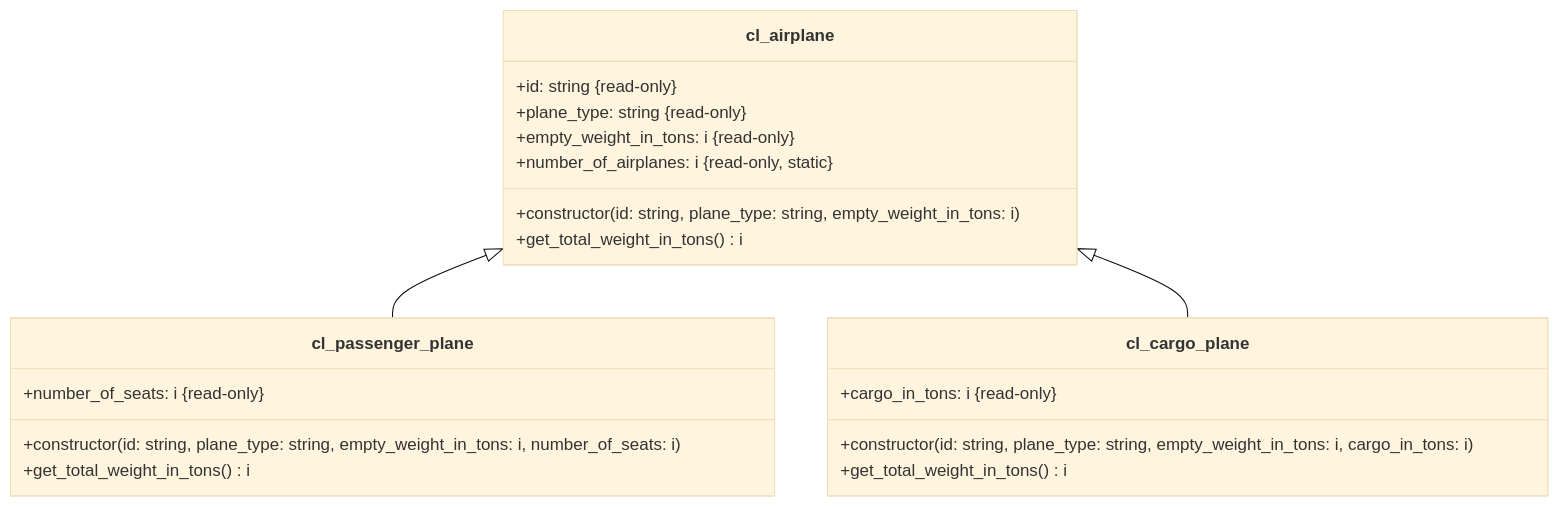
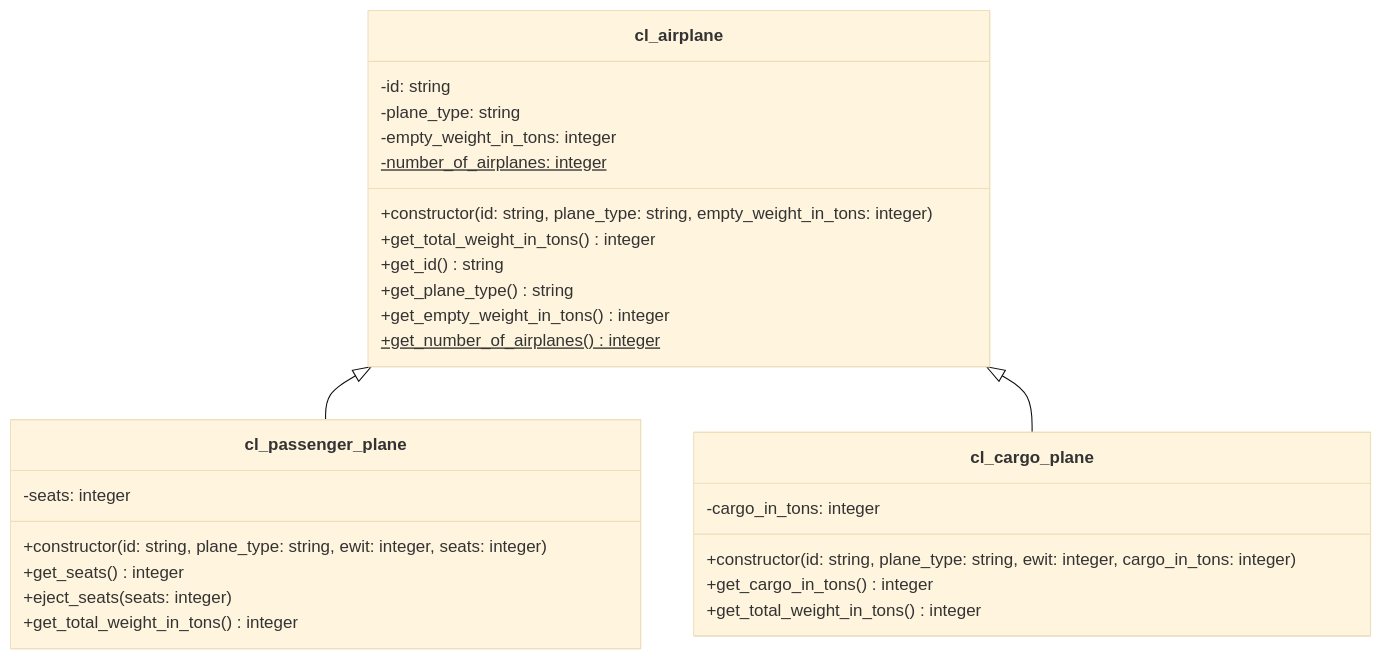
The diagram in docs/exercises/abap-objects/abap-objects-06.md (appenmaier/s4hana), drawn with Mermaid (base theme) before and after one commit. The commit also changed other lines of this file, not shown here.

````diff
--- a/docs/exercises/abap-objects/abap-objects-06.md
+++ b/docs/exercises/abap-objects/abap-objects-06.md
@@ -11,26 +11,33 @@
 ```mermaid
 classDiagram
    cl_airplane <|-- cl_passenger_plane
    cl_airplane <|-- cl_cargo_plane
 
    class cl_airplane {
-      +id: string &#123read-only&#125
-      +plane_type: string &#123read-only&#125
-      +empty_weight_in_tons: i &#123read-only&#125
-      +number_of_airplanes: i &#123read-only, static&#125
-      +constructor(id: string, plane_type: string, empty_weight_in_tons: i)
-      +get_total_weight_in_tons() i
+      -id: string
+      -plane_type: string
+      -empty_weight_in_tons: integer
+      -number_of_airplanes: integer$
+      +constructor(id: string, plane_type: string, empty_weight_in_tons: integer)
+      +get_total_weight_in_tons() integer
+      +get_id() string
+      +get_plane_type() string
+      +get_empty_weight_in_tons() integer
+      +get_number_of_airplanes() integer$
    }
 
    class cl_passenger_plane {
-      +number_of_seats: i &#123read-only&#125
-      +constructor(id: string, plane_type: string, empty_weight_in_tons: i, number_of_seats: i)
-      +get_total_weight_in_tons() i
+      -seats: integer
+      +constructor(id: string, plane_type: string, ewit: integer, seats: integer)
+      +get_seats() integer
+      +eject_seats(seats: integer)
+      +get_total_weight_in_tons() integer
    }
 
    class cl_cargo_plane {
-      +cargo_in_tons: i &#123read-only&#125
-      +constructor(id: string, plane_type: string, empty_weight_in_tons: i, cargo_in_tons: i)
-      +get_total_weight_in_tons() i
+      -cargo_in_tons: integer
+      +constructor(id: string, plane_type: string, ewit: integer, cargo_in_tons: integer)
+      +get_cargo_in_tons() integer
+      +get_total_weight_in_tons() integer
    }
 ```
````
